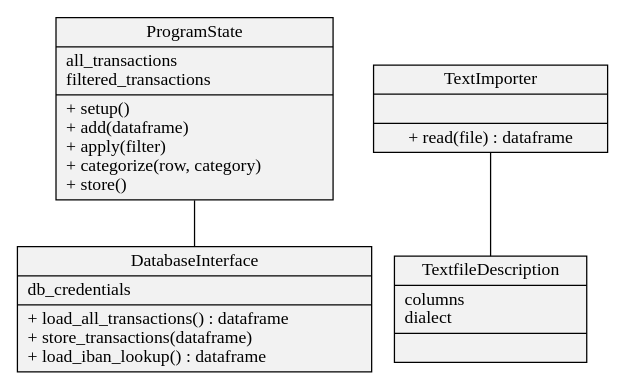
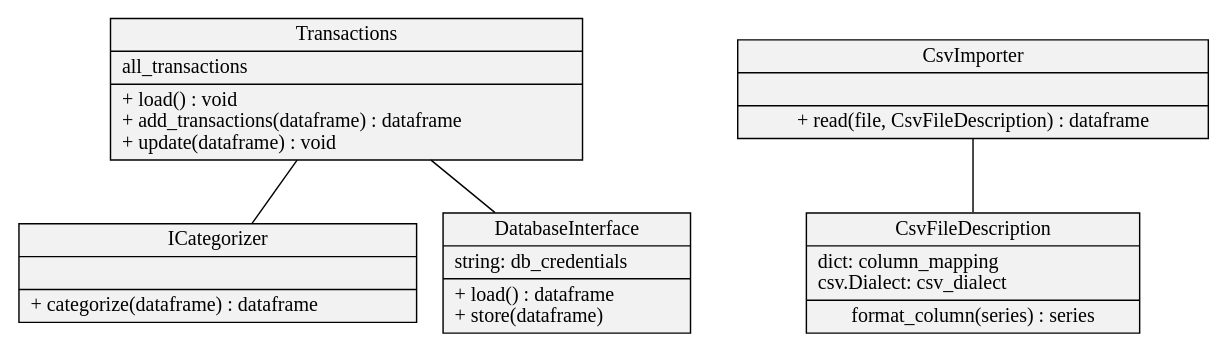
The diagram in docs/graphs/classdiagram_lib.dot (Sh4pe/pynance), drawn with Graphviz before and after one commit.

Commit message:
updated class diagram for lib for v0.1

```diff
--- a/docs/graphs/classdiagram_lib.dot
+++ b/docs/graphs/classdiagram_lib.dot
@@ -1,33 +1,33 @@
 digraph hierarchy {
-size="5,5"
+size="10,5"
 node[   shape=record,
         style=filled,
         fillcolor=gray95]
 edge[dir=back, arrowtail=none]
 
 
-ps[label = "{ProgramState|
-                all_transactions\l
-                filtered_transactions\l|
-                + setup()\l
-                + add(dataframe)\l
-                + apply(filter)\l
-                + categorize(row, category)\l
-                + store()\l
+ps[label = "{Transactions|
+                all_transactions\l|
+                + load() : void\l
+                + add_transactions(dataframe) : dataframe\l
+                + update(dataframe) : void\l
                 }"]
-imp[label = "{TextImporter|| + read(file) : dataframe}"]
-tfd[label = "{TextfileDescription|
-                columns\l
-                dialect\l|
-                }"]
+ct[label = "{ICategorizer|| 
+                + categorize(dataframe) : dataframe\l
+            }"]
+imp[label = "{CsvImporter|| + read(file, CsvFileDescription) : dataframe}"]
+tfd[label = "{CsvFileDescription|
+                dict: column_mapping\l
+                csv.Dialect: csv_dialect\l|
+                format_column(series) : series}"]
 db[label = "{DatabaseInterface|
-                db_credentials\l|
-                + load_all_transactions() : dataframe\l
-                + store_transactions(dataframe)\l
-                + load_iban_lookup() : dataframe\l}"]
+                string: db_credentials\l|
+                + load() : dataframe\l
+                + store(dataframe)\l}"]
 
 
 ps -> db
+ps -> ct
 imp -> tfd
 
 }
```
